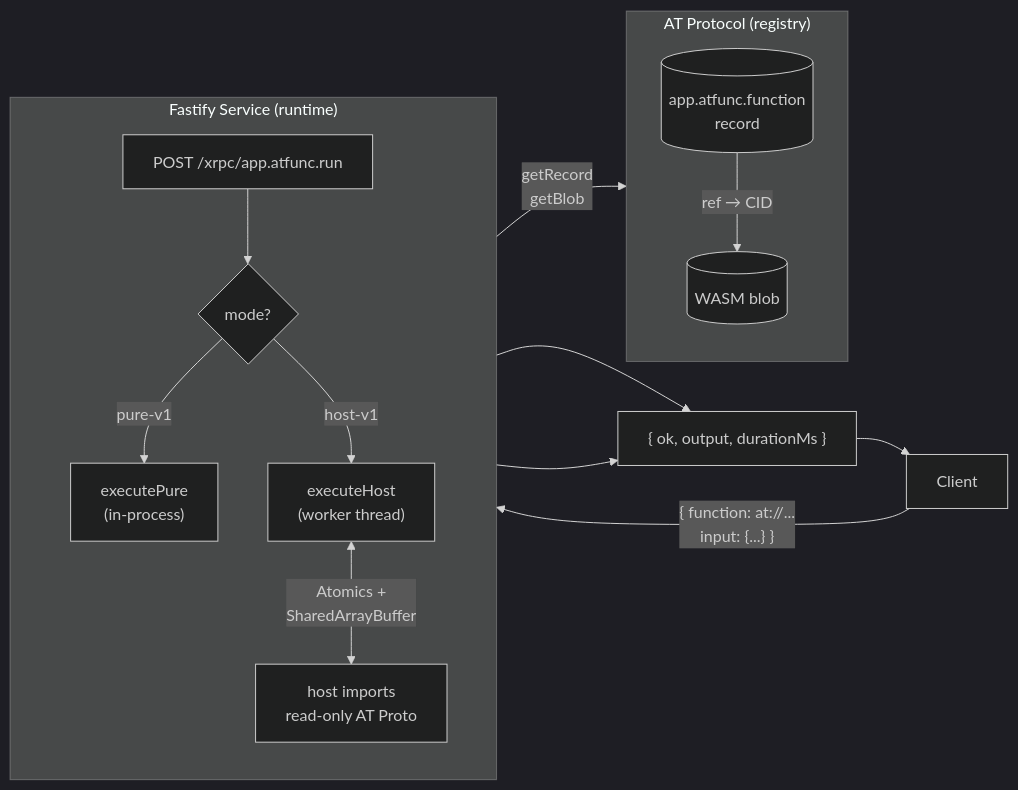
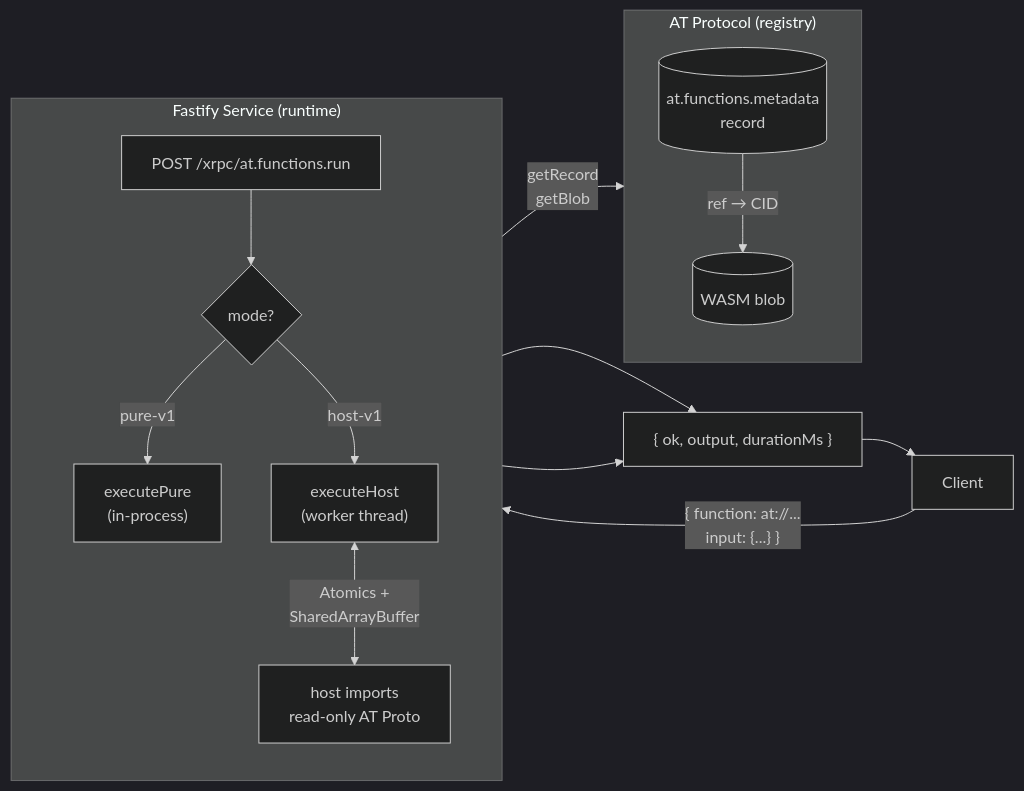
One commit to avivash/at-functions changed the second of 2 diagrams in README.md. Above: the diagram before and after it, drawn with Mermaid (dark theme). The commit also changed other lines of this file and 10 other files, not shown here.

````diff
--- a/README.md
+++ b/README.md
@@ -37,23 +37,23 @@
 ```mermaid
 flowchart LR
     subgraph ATP ["AT Protocol (registry)"]
-        R[("app.atfunc.function\nrecord")]
+        R[("at.functions.metadata\nrecord")]
         B[("WASM blob")]
         R -- "ref → CID" --> B
     end
 
     subgraph FS ["Fastify Service (runtime)"]
         direction TB
-        EP["POST /xrpc/app.atfunc.run"]
+        EP["POST /xrpc/at.functions.run"]
         EP --> PV{"mode?"}
         PV -- "pure-v1" --> PE["executePure\n(in-process)"]
         PV -- "host-v1" --> HE["executeHost\n(worker thread)"]
         HE <-- "Atomics +\nSharedArrayBuffer" --> HI["host imports\nread-only AT Proto"]
     end
 
     Client -->|"{ function: at://...\n  input: {...} }"| EP
     EP -->|"getRecord\ngetBlob"| ATP
     PE --> Out["{ ok, output, durationMs }"]
     HE --> Out
     Out --> Client
 ```
````
